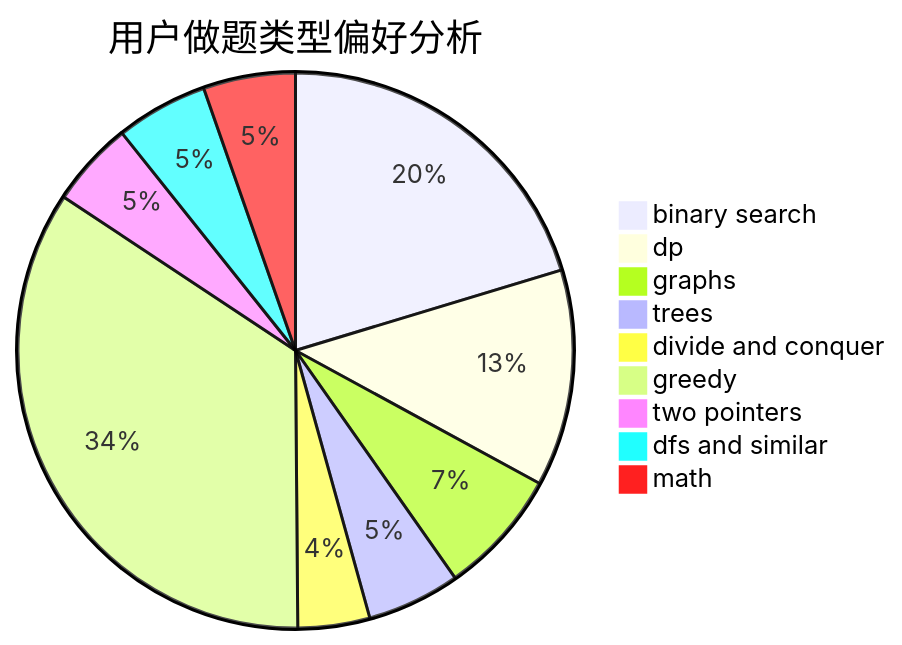
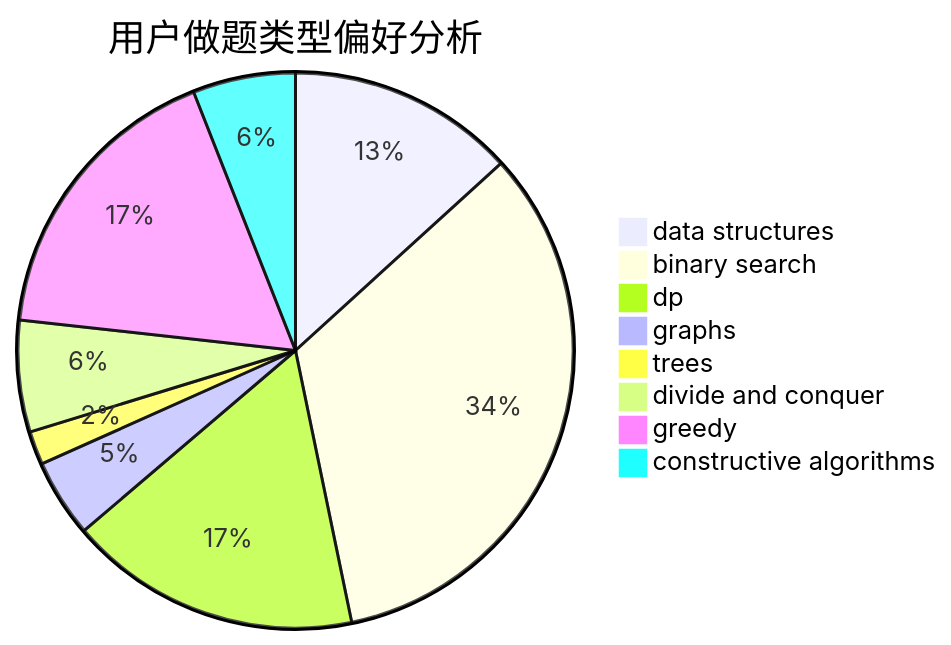
One commit to sherpahu/cfrs.github.io changed the second of 3 diagrams in docs/user/u2769.md. Above: the diagram before and after it, drawn with Mermaid. The commit also changed other lines of this file and 2775 other files, not shown here.

````diff
--- a/docs/user/u2769.md
+++ b/docs/user/u2769.md
@@ -23,12 +23,11 @@
 ```mermaid
 pie title 用户做题类型偏好分析
-    "binary search" :  311
-    "dp" :  193
-    "graphs" :  112
-    "trees" :  83
-    "divide and conquer" :  64
-    "greedy" :  527
-    "two pointers" :  76
-    "dfs and similar" :  82
-    "math" :  82
+    "data structures" :  102
+    "binary search" :  258
+    "dp" :  131
+    "graphs" :  35
+    "trees" :  15
+    "divide and conquer" :  50
+    "greedy" :  133
+    "constructive algorithms" :  46
 ```
````
